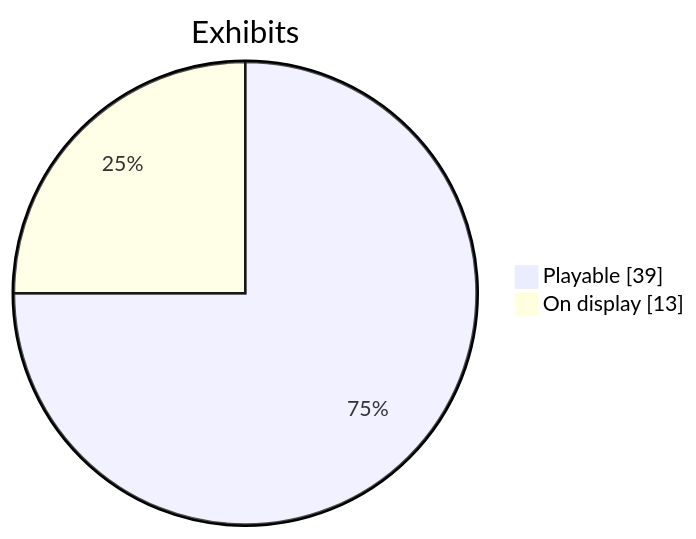
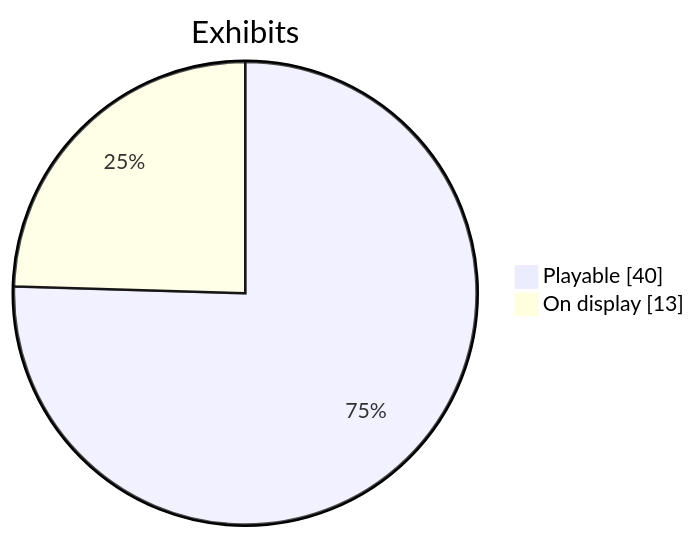
The second of 2 diagrams in docs/roadmap.md (CptNope/Librarium-Archives), drawn with Mermaid before and after one commit. The commit also changed other lines of this file and 15 other files, not shown here.

````diff
--- a/docs/roadmap.md
+++ b/docs/roadmap.md
@@ -18,6 +19,6 @@
 ```mermaid
 pie showData
     title Exhibits
-    "Playable" : 39
+    "Playable" : 40
     "On display" : 13
 ```
````
